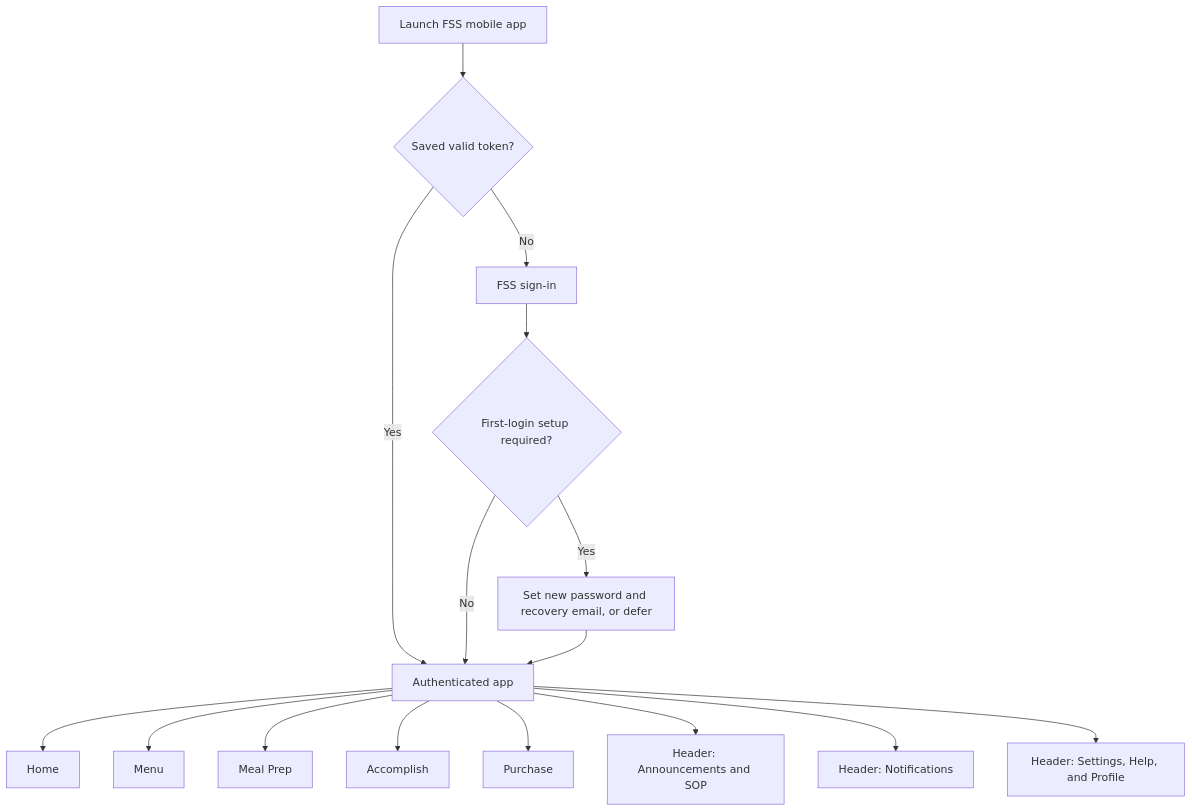
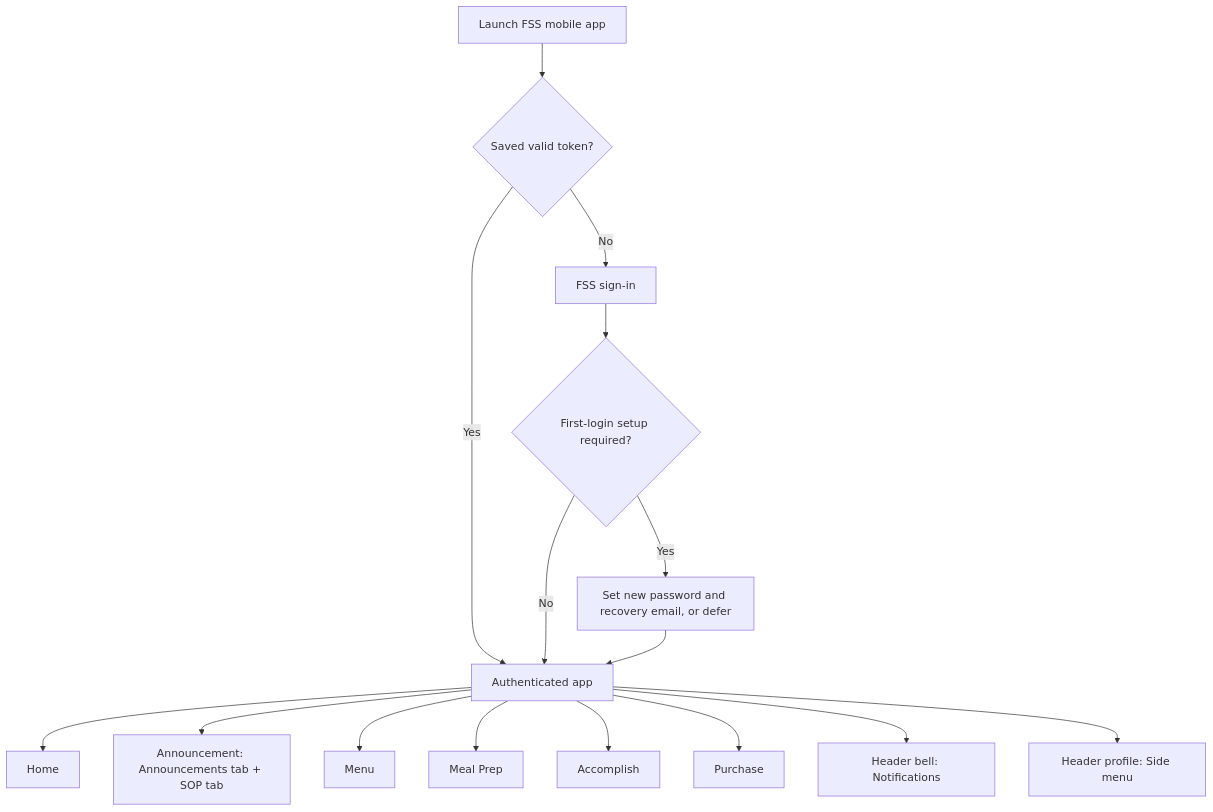
Before and after one commit to ja2gc/Nutriscope: the first of 5 diagrams in docs/modules/Flowcharts/FSS Mobile Execution Flow.md, drawn with Mermaid. The commit also changed other lines of this file and 99 other files, not shown here.

````diff
--- a/docs/modules/Flowcharts/FSS Mobile Execution Flow.md
+++ b/docs/modules/Flowcharts/FSS Mobile Execution Flow.md
@@ -7,20 +7,20 @@
 ```mermaid
 flowchart TD
     A["Launch FSS mobile app"] --> B{"Saved valid token?"}
     B -->|"No"| C["FSS sign-in"]
     B -->|"Yes"| D["Authenticated app"]
     C --> E{"First-login setup required?"}
     E -->|"Yes"| F["Set new password and recovery email, or defer"]
     E -->|"No"| D
     F --> D
 
     D --> H1["Home"]
-    D --> H2["Menu"]
-    D --> H3["Meal Prep"]
-    D --> H4["Accomplish"]
-    D --> H5["Purchase"]
+    D --> H2["Announcement: Announcements tab + SOP tab"]
+    D --> H3["Menu"]
+    D --> H4["Meal Prep"]
+    D --> H5["Accomplish"]
+    D --> H6["Purchase"]
 
-    D --> X1["Header: Announcements and SOP"]
-    D --> X2["Header: Notifications"]
-    D --> X3["Header: Settings, Help, and Profile"]
+    D --> X1["Header bell: Notifications"]
+    D --> X2["Header profile: Side menu"]
 ```
````
